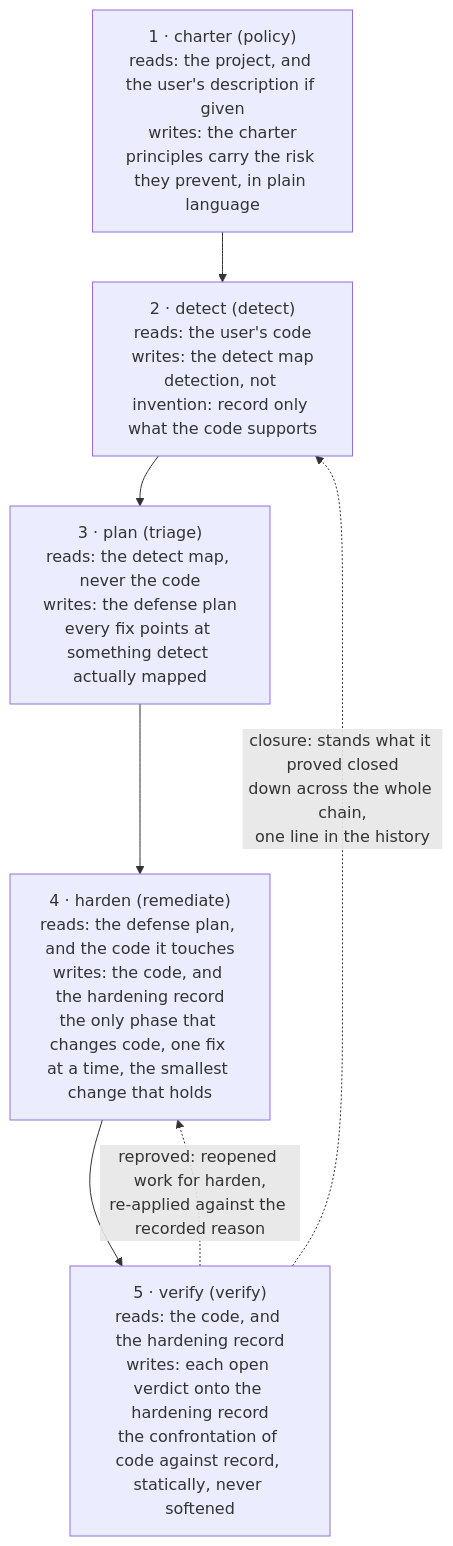
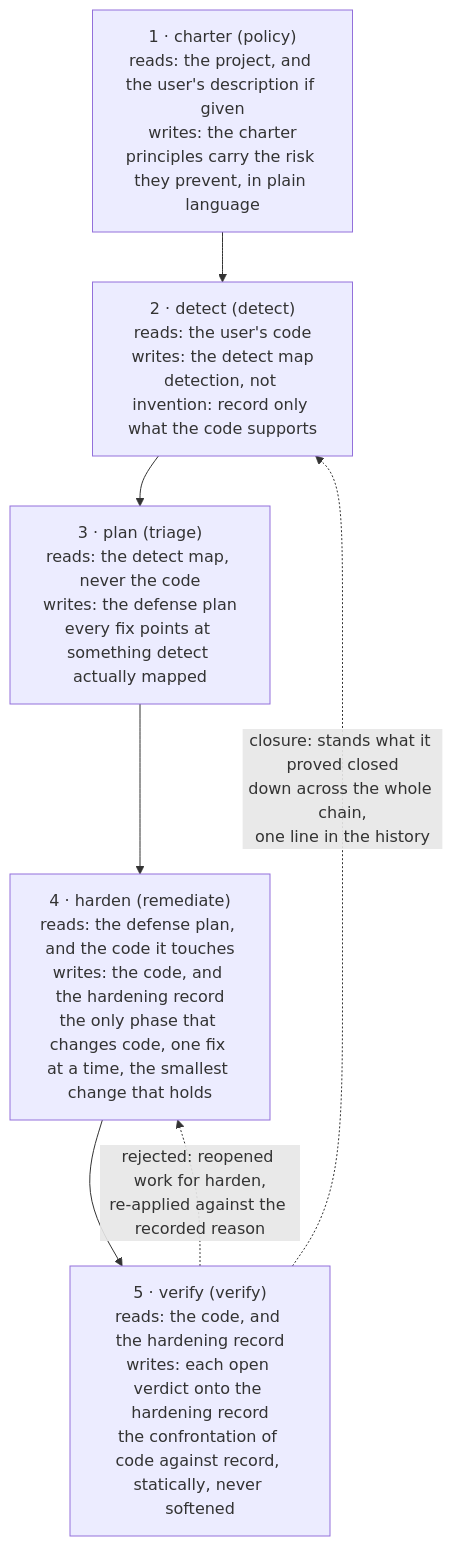
Before and after one commit to wellwelwel/lagune: the first of 7 diagrams in docs/references/paper.md, drawn with Mermaid. The commit also changed other lines of this file and 744 other files, not shown here.

````diff
--- a/docs/references/paper.md
+++ b/docs/references/paper.md
@@ -116,11 +116,11 @@
 ```mermaid
 flowchart TB
     charter["1 · charter (policy)<br/>reads: the project, and the user's description if given<br/>writes: the charter<br/>principles carry the risk they prevent, in plain language"]
     detect["2 · detect (detect)<br/>reads: the user's code<br/>writes: the detect map<br/>detection, not invention: record only what the code supports"]
     plan["3 · plan (triage)<br/>reads: the detect map, never the code<br/>writes: the defense plan<br/>every fix points at something detect actually mapped"]
     harden["4 · harden (remediate)<br/>reads: the defense plan, and the code it touches<br/>writes: the code, and the hardening record<br/>the only phase that changes code, one fix at a time, the smallest change that holds"]
     verify["5 · verify (verify)<br/>reads: the code, and the hardening record<br/>writes: each open verdict onto the hardening record<br/>the confrontation of code against record, statically, never softened"]
     charter --> detect --> plan --> harden --> verify
-    verify -.->|"reproved: reopened work for harden,<br/>re-applied against the recorded reason"| harden
+    verify -.->|"rejected: reopened work for harden,<br/>re-applied against the recorded reason"| harden
     verify -.->|"closure: stands what it proved closed<br/>down across the whole chain,<br/>one line in the history"| detect
 ```
````
